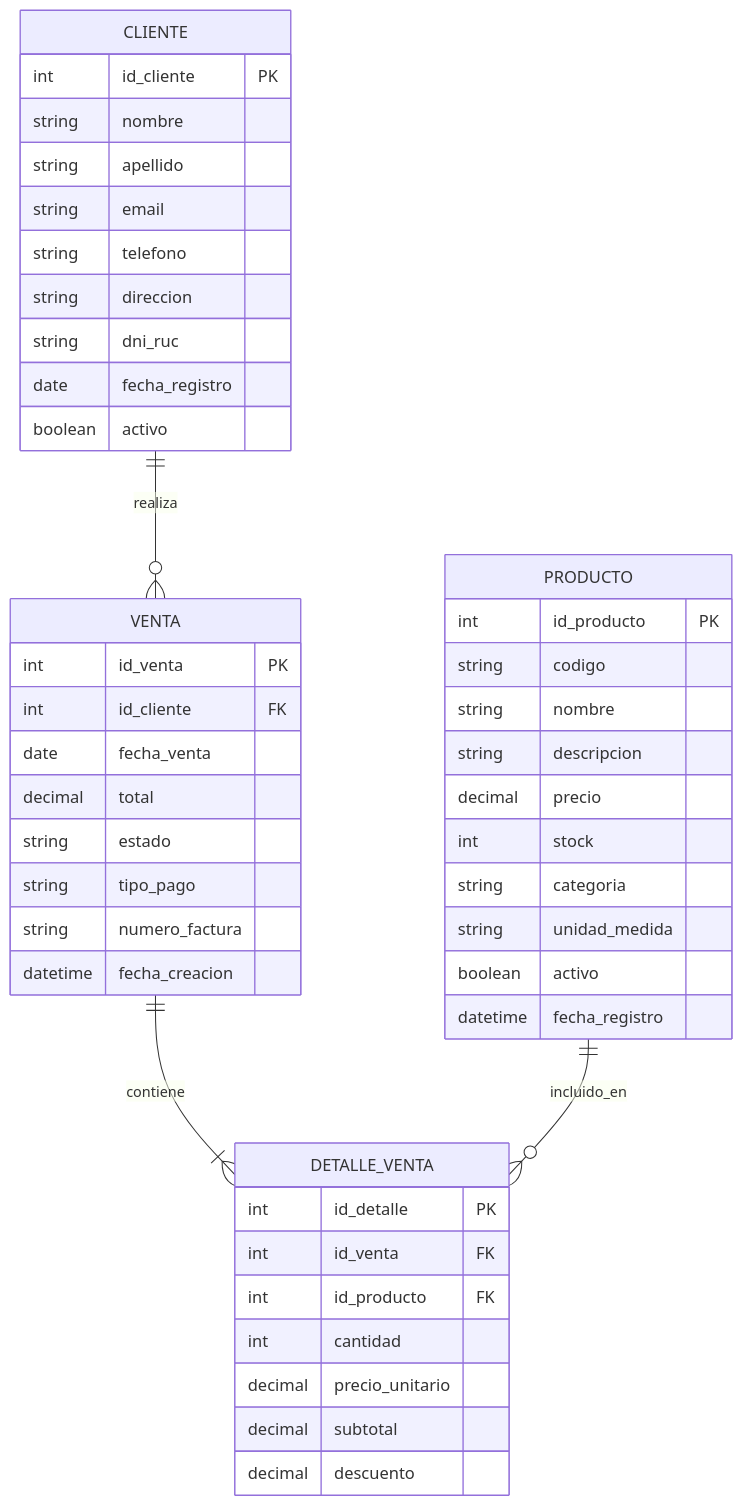
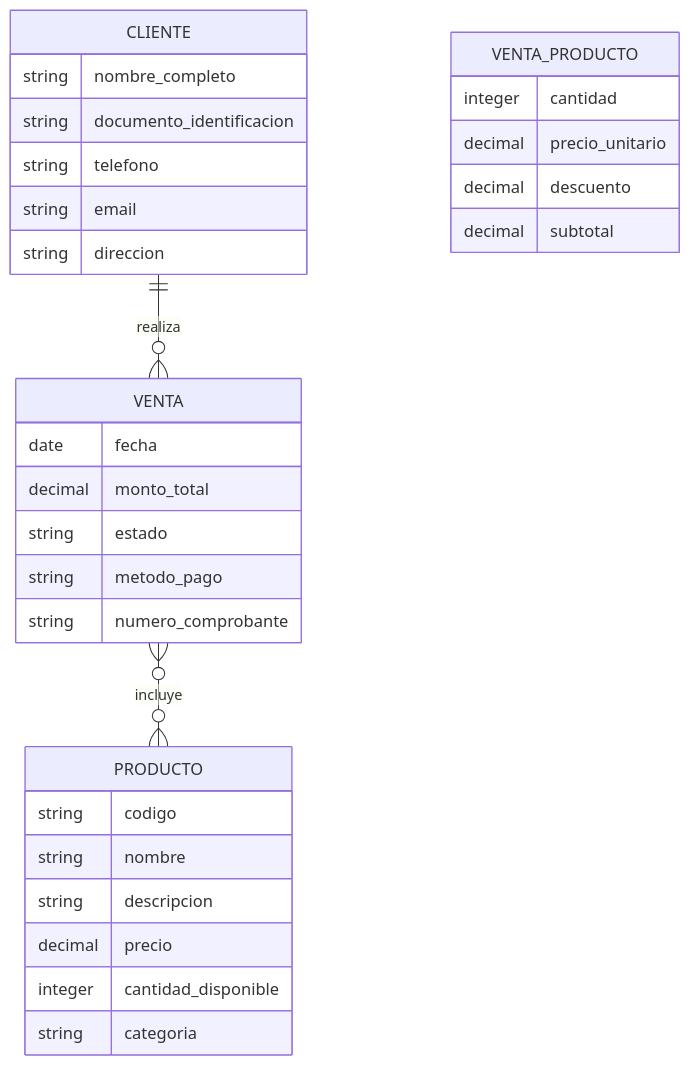
One commit to CEPE1724/my-app changed the second of 3 diagrams in modelo-tienda.md. Above: the diagram before and after it, drawn with Mermaid. The commit also changed other lines of this file, not shown here.

````diff
--- a/modelo-tienda.md
+++ b/modelo-tienda.md
@@ -10,52 +92,37 @@
 ```mermaid
 erDiagram
     CLIENTE ||--o{ VENTA : realiza
-    VENTA ||--|{ DETALLE_VENTA : contiene
-    PRODUCTO ||--o{ DETALLE_VENTA : incluido_en
+    VENTA }o--o{ PRODUCTO : incluye
     
     CLIENTE {
-        int id_cliente PK
-        string nombre
-        string apellido
+        string nombre_completo
+        string documento_identificacion
+        string telefono
         string email
-        string telefono
         string direccion
-        string dni_ruc
-        date fecha_registro
-        boolean activo
     }
     
     VENTA {
-        int id_venta PK
-        int id_cliente FK
-        date fecha_venta
-        decimal total
+        date fecha
+        decimal monto_total
         string estado
-        string tipo_pago
-        string numero_factura
-        datetime fecha_creacion
-    }
-    
-    DETALLE_VENTA {
-        int id_detalle PK
-        int id_venta FK
-        int id_producto FK
-        int cantidad
-        decimal precio_unitario
-        decimal subtotal
-        decimal descuento
+        string metodo_pago
+        string numero_comprobante
     }
     
     PRODUCTO {
-        int id_producto PK
         string codigo
         string nombre
         string descripcion
         decimal precio
-        int stock
+        integer cantidad_disponible
         string categoria
-        string unidad_medida
-        boolean activo
-        datetime fecha_registro
+    }
+    
+    VENTA_PRODUCTO {
+        integer cantidad
+        decimal precio_unitario
+        decimal descuento
+        decimal subtotal
     }
 ```
````
